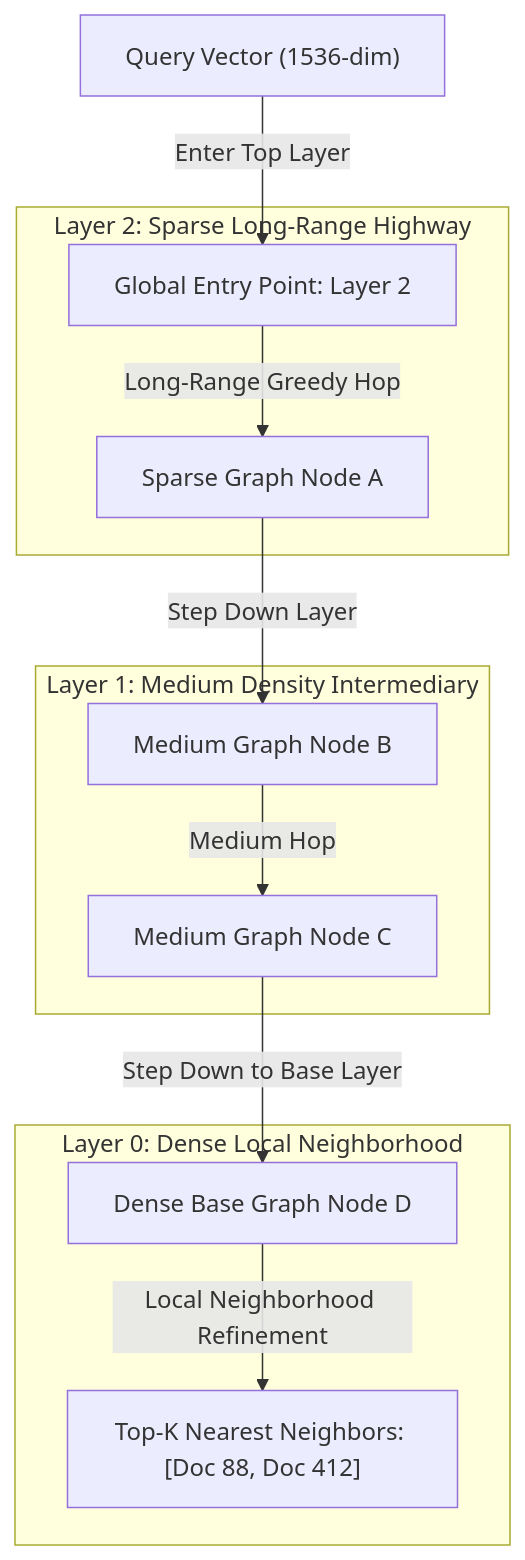
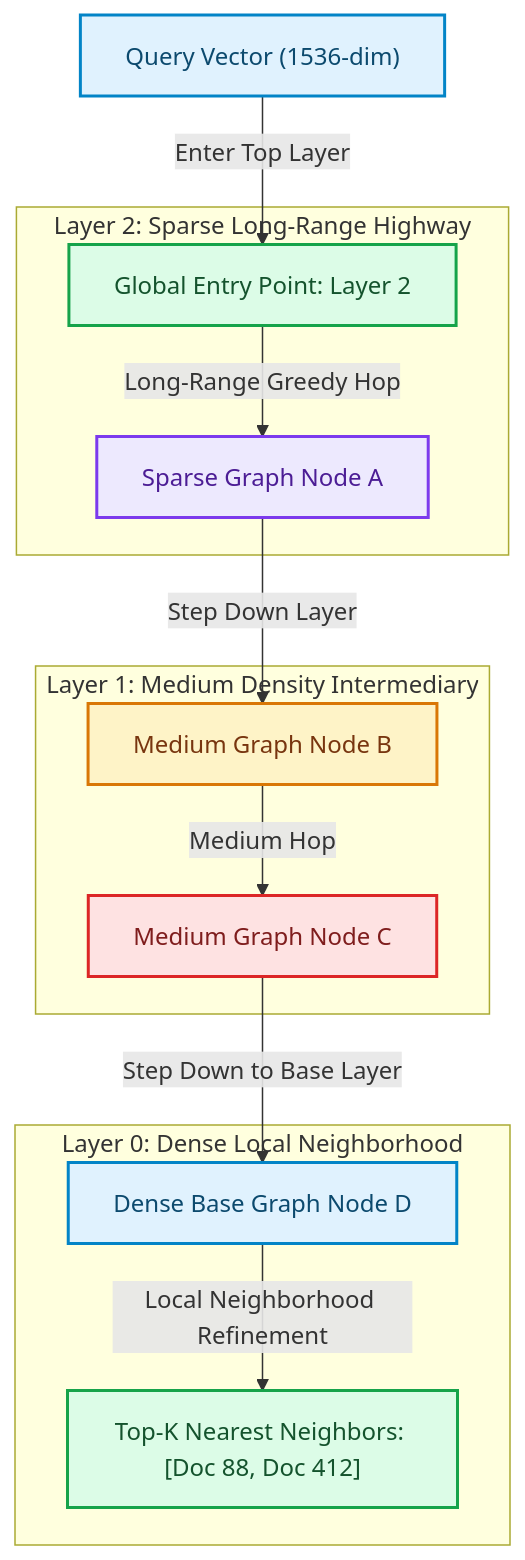
The diagram in blog/posts/hnsw-graphs-hierarchical-navigable-small-world-vector-search.md (akmalkhaniub/akmalkhaniub.github.io), drawn with Mermaid before and after one commit. The commit also changed other lines of this file and 1291 other files, not shown here.

First line of the commit message:
feat(catalog): unique covers, scholarly references, and diagram palettes

````diff
--- a/blog/posts/hnsw-graphs-hierarchical-navigable-small-world-vector-search.md
+++ b/blog/posts/hnsw-graphs-hierarchical-navigable-small-world-vector-search.md
@@ -19,18 +19,29 @@
 ```mermaid
 flowchart TD
-  Query["Query Vector (1536-dim)"] -->|Enter Top Layer| Entry[Global Entry Point: Layer 2]
+  Query["Query Vector (1536-dim)"] -->|Enter Top Layer| Entry["Global Entry Point: Layer 2"]
   
   subgraph SG1_Layer2Sparse ["Layer 2: Sparse Long-Range Highway"]
-    Entry -->|Long-Range Greedy Hop| NodeA[Sparse Graph Node A]
+    Entry -->|Long-Range Greedy Hop| NodeA["Sparse Graph Node A"]
   end
   
   subgraph SG2_Layer1Medium ["Layer 1: Medium Density Intermediary"]
-    NodeA -->|Step Down Layer| NodeB[Medium Graph Node B]
-    NodeB -->|Medium Hop| NodeC[Medium Graph Node C]
+    NodeA -->|Step Down Layer| NodeB["Medium Graph Node B"]
+    NodeB -->|Medium Hop| NodeC["Medium Graph Node C"]
   end
   
   subgraph SG3_Layer0Dense ["Layer 0: Dense Local Neighborhood"]
-    NodeC -->|Step Down to Base Layer| NodeD[Dense Base Graph Node D]
+    NodeC -->|Step Down to Base Layer| NodeD["Dense Base Graph Node D"]
     NodeD -->|Local Neighborhood Refinement| TopK["Top-K Nearest Neighbors: [Doc 88, Doc 412]"]
   end
+
+classDef green fill:#dcfce7,stroke:#16a34a,stroke-width:2px,color:#14532d;
+classDef red fill:#fee2e2,stroke:#dc2626,stroke-width:2px,color:#7f1d1d;
+classDef blue fill:#e0f2fe,stroke:#0284c7,stroke-width:2px,color:#0c4a6e;
+classDef yellow fill:#fef3c7,stroke:#d97706,stroke-width:2px,color:#78350f;
+classDef purple fill:#ede9fe,stroke:#7c3aed,stroke-width:2px,color:#4c1d95;
+class Query,NodeD blue
+class Entry,TopK green
+class NodeA purple
+class NodeB yellow
+class NodeC red
 ```
````
